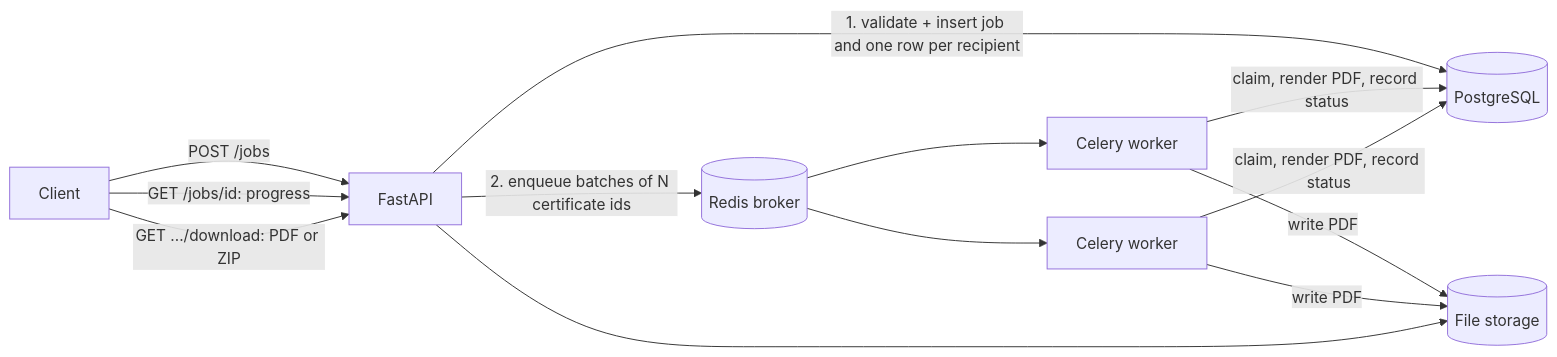
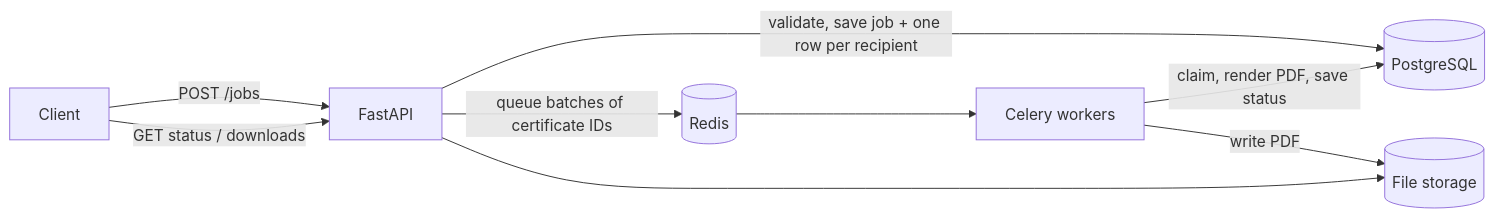
Before and after one commit to khushisinghal21/bulk-certificate-generator: the diagram in README.md, drawn with Mermaid. The commit also changed other lines of this file and 1 other file, not shown here.

````diff
--- a/README.md
+++ b/README.md
@@ -52,13 +309,11 @@
 ```mermaid
 flowchart LR
     C[Client] -->|POST /jobs| API[FastAPI]
-    API -->|1. validate + insert job and one row per recipient| DB[(PostgreSQL)]
-    API -->|2. enqueue batches of N certificate ids| R[(Redis broker)]
-    R --> W1[Celery worker]
-    R --> W2[Celery worker]
-    W1 & W2 -->|claim, render PDF, record status| DB
-    W1 & W2 -->|write PDF| S[(File storage)]
-    C -->|GET /jobs/id: progress| API
-    C -->|GET .../download: PDF or ZIP| API
+    API -->|validate, save job + one row per recipient| DB[(PostgreSQL)]
+    API -->|queue batches of certificate IDs| Q[(Redis)]
+    Q --> W[Celery workers]
+    W -->|claim, render PDF, save status| DB
+    W -->|write PDF| S[(File storage)]
+    C -->|GET status / downloads| API
     API --> S
 ```
````
